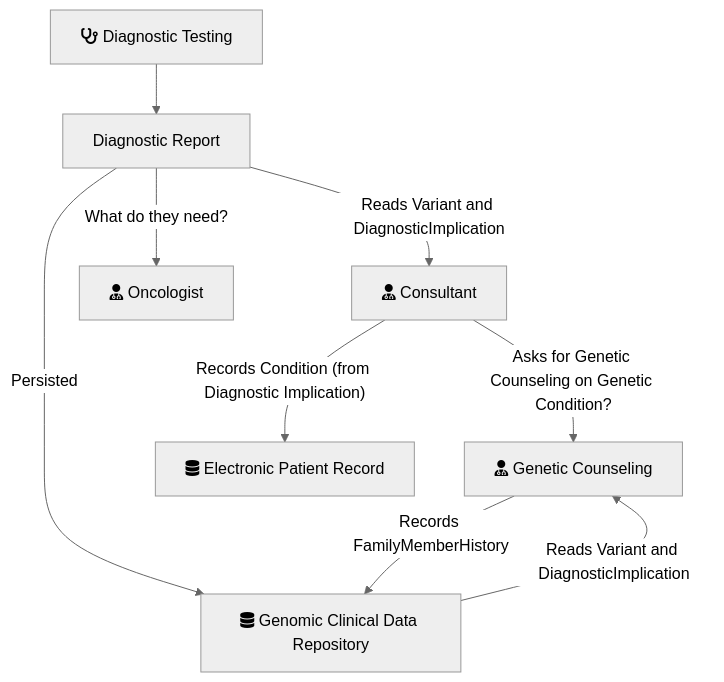
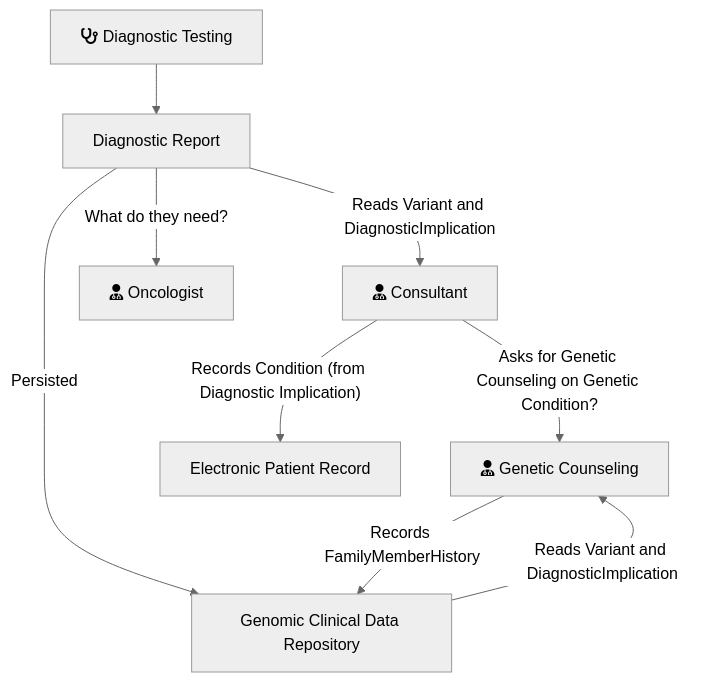
Before and after one commit to uk-gov-mirror/nw-gmsa.nw-gmsa.github.com: the diagram in input/intro-notes/ExampleScenario-ClinicalAndGenomicWorkflow-intro.md, drawn with Mermaid (neutral theme). The commit also changed 1 other file, not shown here.

Commit message:
fontawesome local

````diff
--- a/input/intro-notes/ExampleScenario-ClinicalAndGenomicWorkflow-intro.md
+++ b/input/intro-notes/ExampleScenario-ClinicalAndGenomicWorkflow-intro.md
@@ -4,13 +4,13 @@
 ```mermaid
 graph TD;
 
     DiagnosticTesting[fas:fa-stethoscope Diagnostic Testing]  --> DiagnosticReport[Diagnostic Report]
     DiagnosticReport --> |Reads Variant and DiagnosticImplication| Consultant[fas:fa-user-md Consultant]
     GenomicCDR --> |Reads Variant and DiagnosticImplication| GeneticCounseling[fas:fa-user-md Genetic Counseling]
     DiagnosticReport --> |What do they need?| Oncologist[fas:fa-user-md Oncologist]
     DiagnosticReport --> |Persisted| GenomicCDR
 
-    Consultant --> |"Records Condition (from Diagnostic Implication)"| EPR["<i class='fa fa-database'></i> Electronic Patient Record"]
-    GeneticCounseling --> |Records FamilyMemberHistory| GenomicCDR["<i class='fa fa-database'></i> Genomic Clinical Data Repository"]
+    Consultant --> |"Records Condition (from Diagnostic Implication)"| EPR["Electronic Patient Record"]
+    GeneticCounseling --> |Records FamilyMemberHistory| GenomicCDR["Genomic Clinical Data Repository"]
     Consultant --> |Asks for Genetic Counseling on Genetic Condition?| GeneticCounseling
 ```
````
